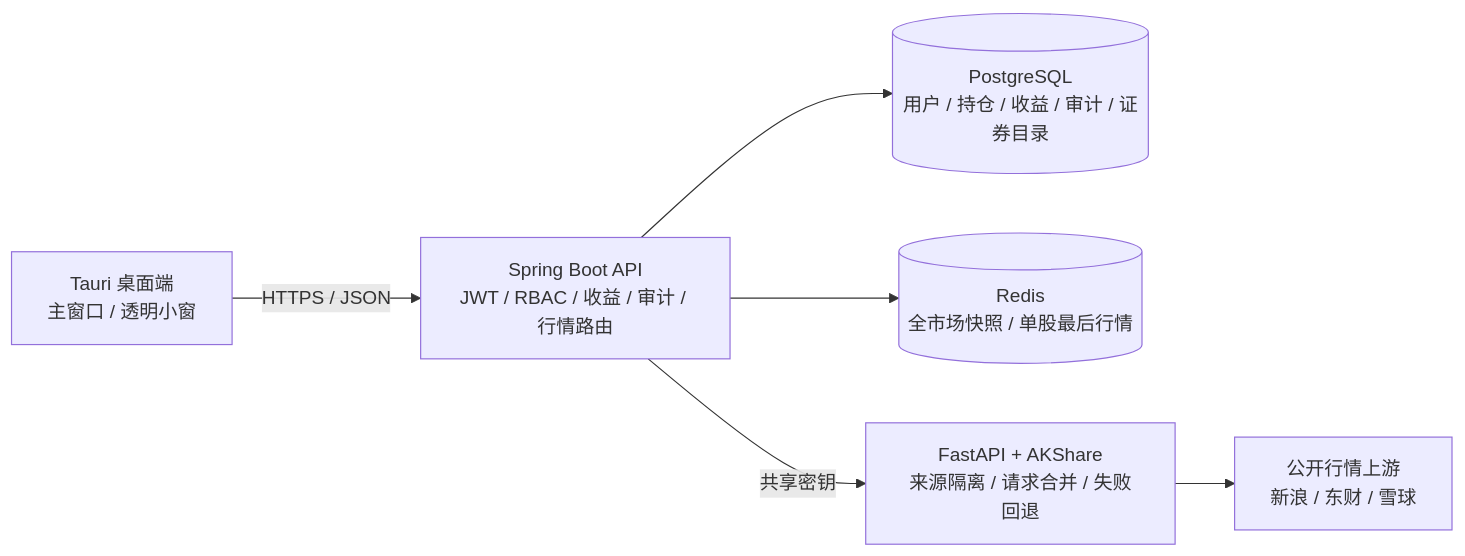
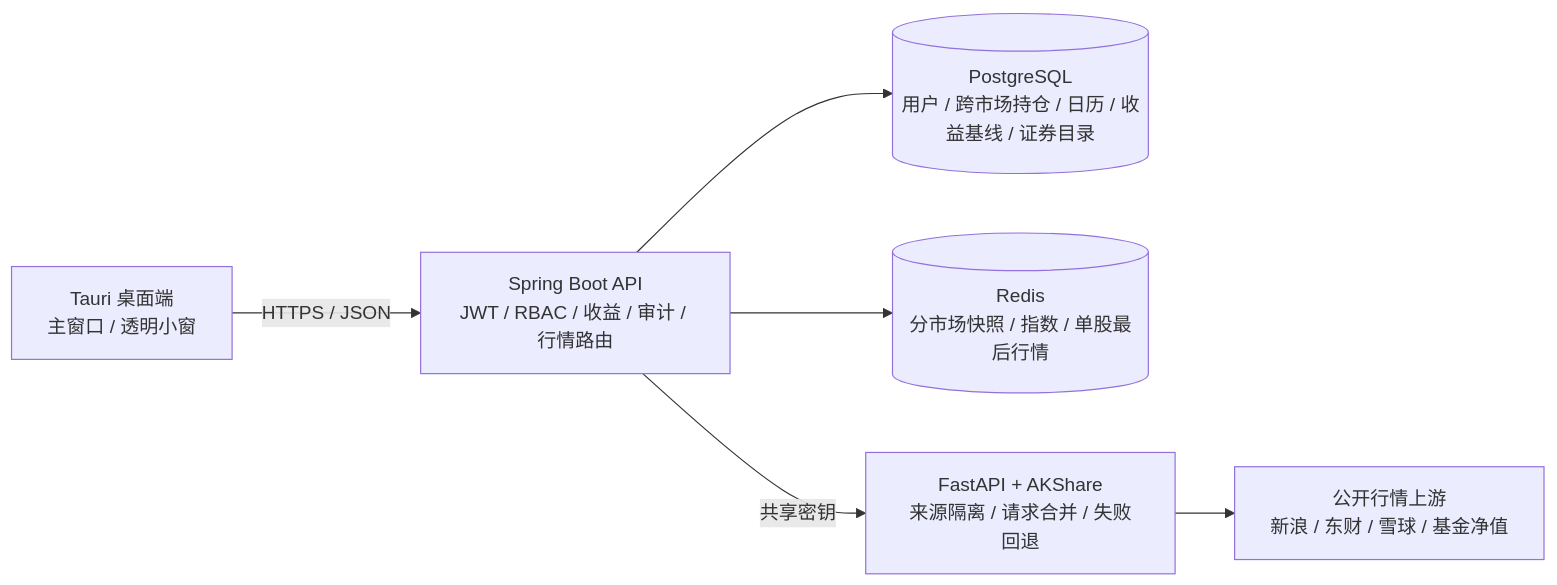
One commit to Super-liang/desktop_trading_assistant changed the diagram in README.md. Above: the diagram before and after it, drawn with Mermaid. The commit also changed other lines of this file and 5 other files, not shown here.

````diff
--- a/README.md
+++ b/README.md
@@ -304,15 +310,15 @@
 ```mermaid
 flowchart LR
     Desktop["Tauri 桌面端<br/>主窗口 / 透明小窗"]
     API["Spring Boot API<br/>JWT / RBAC / 收益 / 审计 / 行情路由"]
-    PG[("PostgreSQL<br/>用户 / 持仓 / 收益 / 审计 / 证券目录")]
-    Redis[("Redis<br/>全市场快照 / 单股最后行情")]
+    PG[("PostgreSQL<br/>用户 / 跨市场持仓 / 日历 / 收益基线 / 证券目录")]
+    Redis[("Redis<br/>分市场快照 / 指数 / 单股最后行情")]
     Gateway["FastAPI + AKShare<br/>来源隔离 / 请求合并 / 失败回退"]
-    Sources["公开行情上游<br/>新浪 / 东财 / 雪球"]
+    Sources["公开行情上游<br/>新浪 / 东财 / 雪球 / 基金净值"]
 
     Desktop -->|HTTPS / JSON| API
     API --> PG
     API --> Redis
     API -->|共享密钥| Gateway
     Gateway --> Sources
 ```
````
